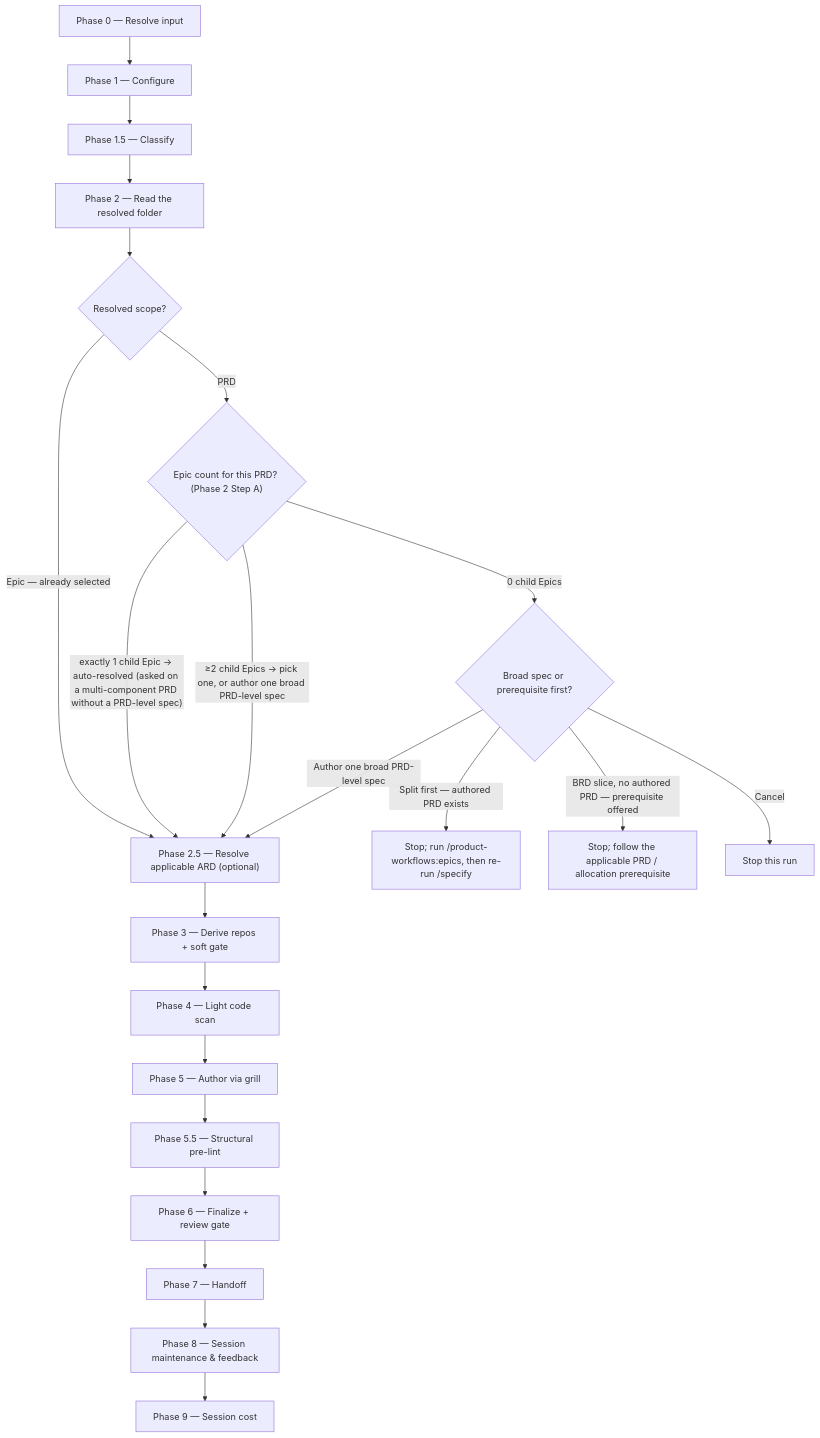
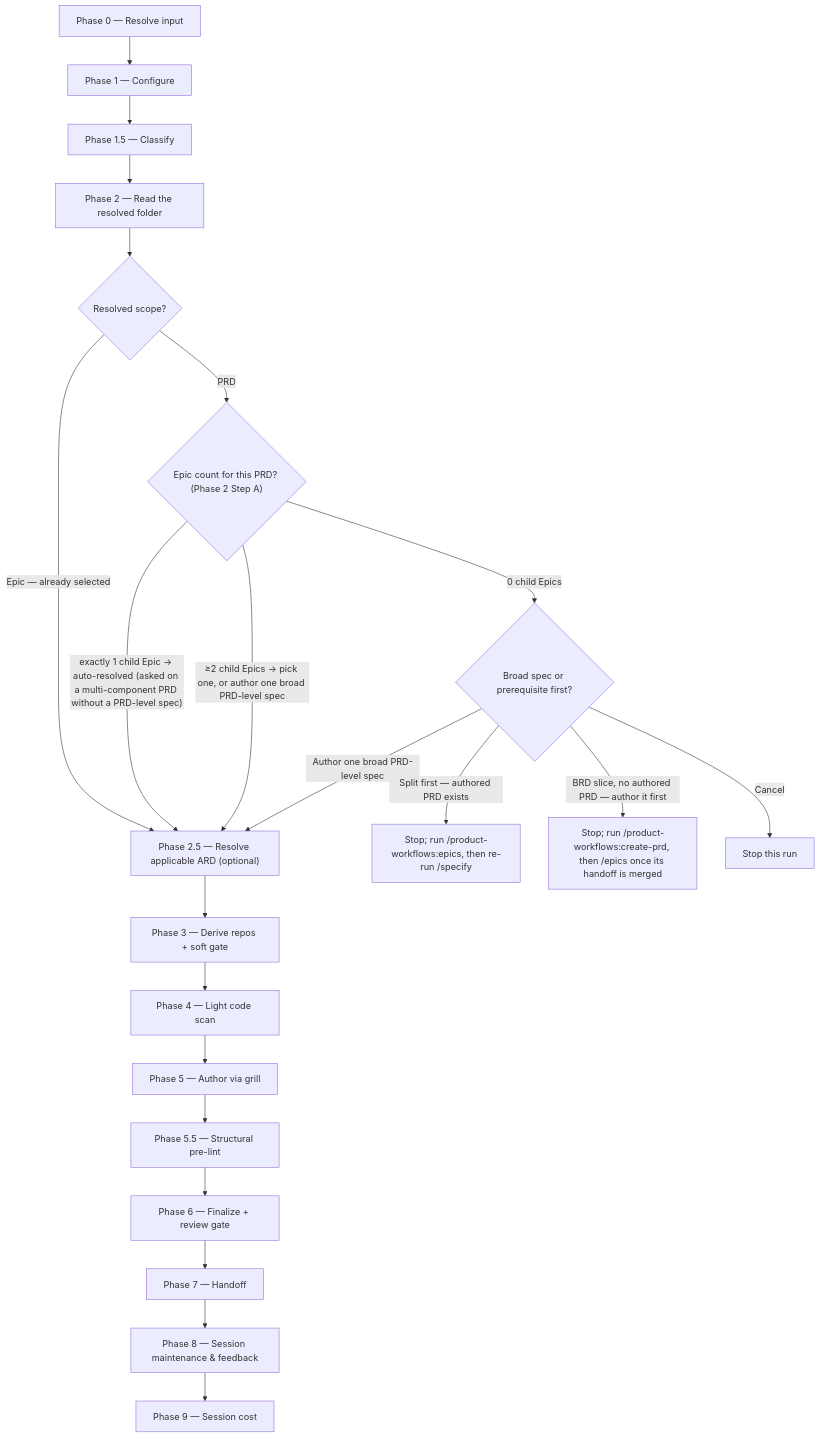
One commit to ihudak/ai-workflows changed the diagram in plugins/product-workflows/docs/commands/specify.md. Above: the diagram before and after it, drawn with Mermaid. The commit also changed other lines of this file and 5 other files, not shown here.

Commit message:
feat: LADDER-ORDER batch 4 — /specify applies the slice's ledger tests; /update-spec takes neither stop

````diff
--- a/plugins/product-workflows/docs/commands/specify.md
+++ b/plugins/product-workflows/docs/commands/specify.md
@@ -33,24 +33,24 @@
 ```mermaid
 flowchart TD
     p0["Phase 0 — Resolve input"] --> p1["Phase 1 — Configure"]
     p1 --> p15["Phase 1.5 — Classify"]
     p15 --> p2["Phase 2 — Read the resolved folder"]
     p2 --> scope{"Resolved scope?"}
     scope -->|Epic — already selected| p25["Phase 2.5 — Resolve applicable ARD (optional)"]
     scope -->|PRD| d1{"Epic count for this PRD? (Phase 2 Step A)"}
     d1 -- "exactly 1 child Epic → auto-resolved (asked on a multi-component PRD without a PRD-level spec)" --> p25
     d1 -- "≥2 child Epics → pick one, or author one broad PRD-level spec" --> p25
     d1 -->|"0 child Epics"| noepics{"Broad spec or prerequisite first?"}
     noepics -->|"Author one broad PRD-level spec"| p25
     noepics -->|"Split first — authored PRD exists"| split["Stop; run /product-workflows:epics, then re-run /specify"]
-    noepics -->|"BRD slice, no authored PRD — prerequisite offered"| prerequisite["Stop; follow the applicable PRD / allocation prerequisite"]
+    noepics -->|"BRD slice, no authored PRD — author it first"| prerequisite["Stop; run /product-workflows:create-prd, then /epics once its handoff is merged"]
     noepics -->|Cancel| cancel["Stop this run"]
     p25 --> p3["Phase 3 — Derive repos + soft gate"]
     p3 --> p4["Phase 4 — Light code scan"]
     p4 --> p5["Phase 5 — Author via grill"]
     p5 --> p55["Phase 5.5 — Structural pre-lint"]
     p55 --> p6["Phase 6 — Finalize + review gate"]
     p6 --> p7["Phase 7 — Handoff"]
     p7 --> p8["Phase 8 — Session maintenance & feedback"]
     p8 --> p9["Phase 9 — Session cost"]
 ```
````
